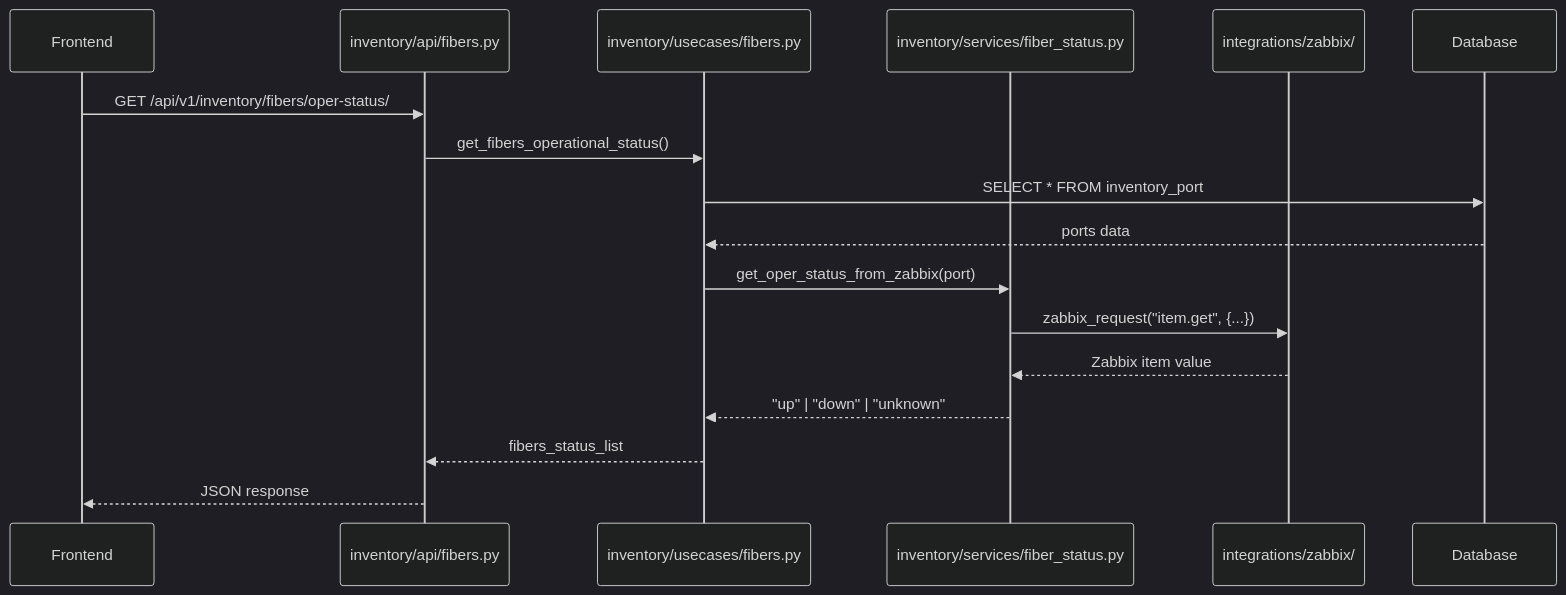
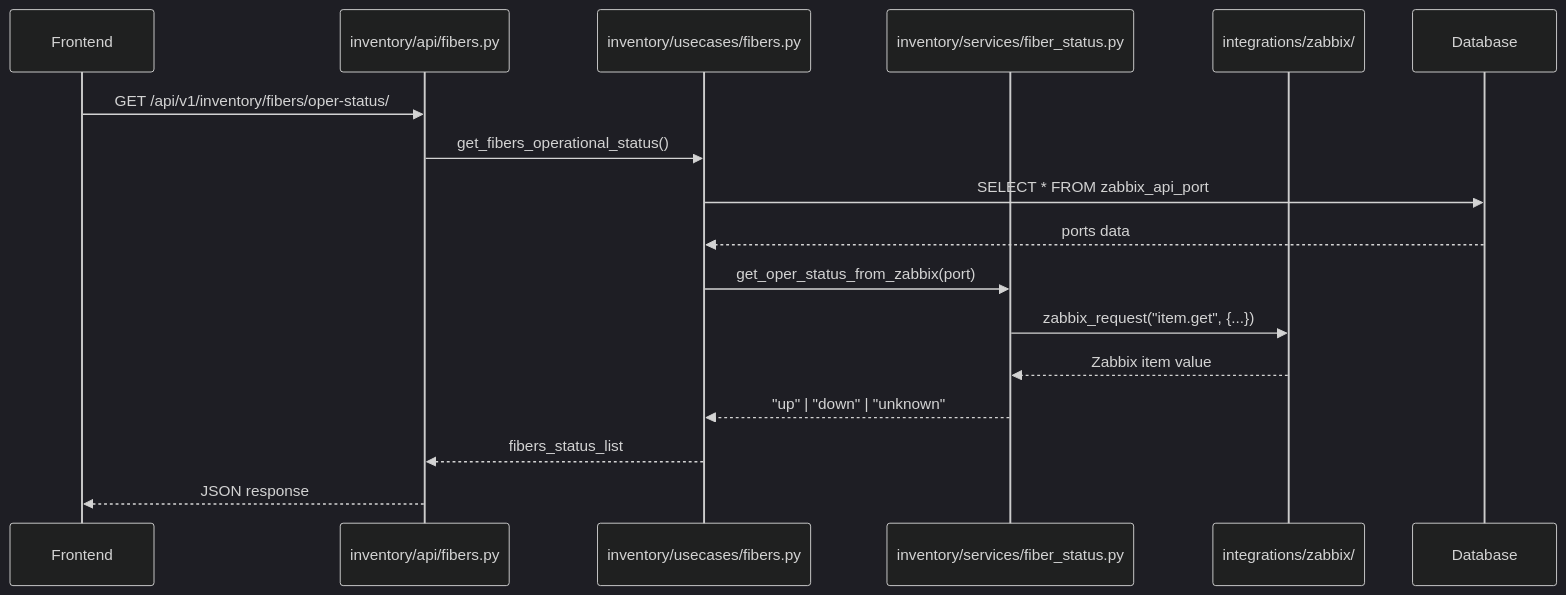
One commit to kaled182/provemaps_beta changed the second of 10 diagrams in doc/architecture/OVERVIEW.md. Above: the diagram before and after it, drawn with Mermaid (dark theme). The commit also changed other lines of this file and 44 other files, not shown here.

````diff
--- a/doc/architecture/OVERVIEW.md
+++ b/doc/architecture/OVERVIEW.md
@@ -146,20 +152,20 @@
 ```mermaid
 sequenceDiagram
     participant FE as Frontend
     participant API as inventory/api/fibers.py
     participant UC as inventory/usecases/fibers.py
     participant SRV as inventory/services/fiber_status.py
     participant ZAB as integrations/zabbix/
     participant DB as Database
     
     FE->>API: GET /api/v1/inventory/fibers/oper-status/
     API->>UC: get_fibers_operational_status()
-    UC->>DB: SELECT * FROM inventory_port
+    UC->>DB: SELECT * FROM zabbix_api_port
     DB-->>UC: ports data
     UC->>SRV: get_oper_status_from_zabbix(port)
     SRV->>ZAB: zabbix_request("item.get", {...})
     ZAB-->>SRV: Zabbix item value
     SRV-->>UC: "up" | "down" | "unknown"
     UC-->>API: fibers_status_list
     API-->>FE: JSON response
 ```
````
